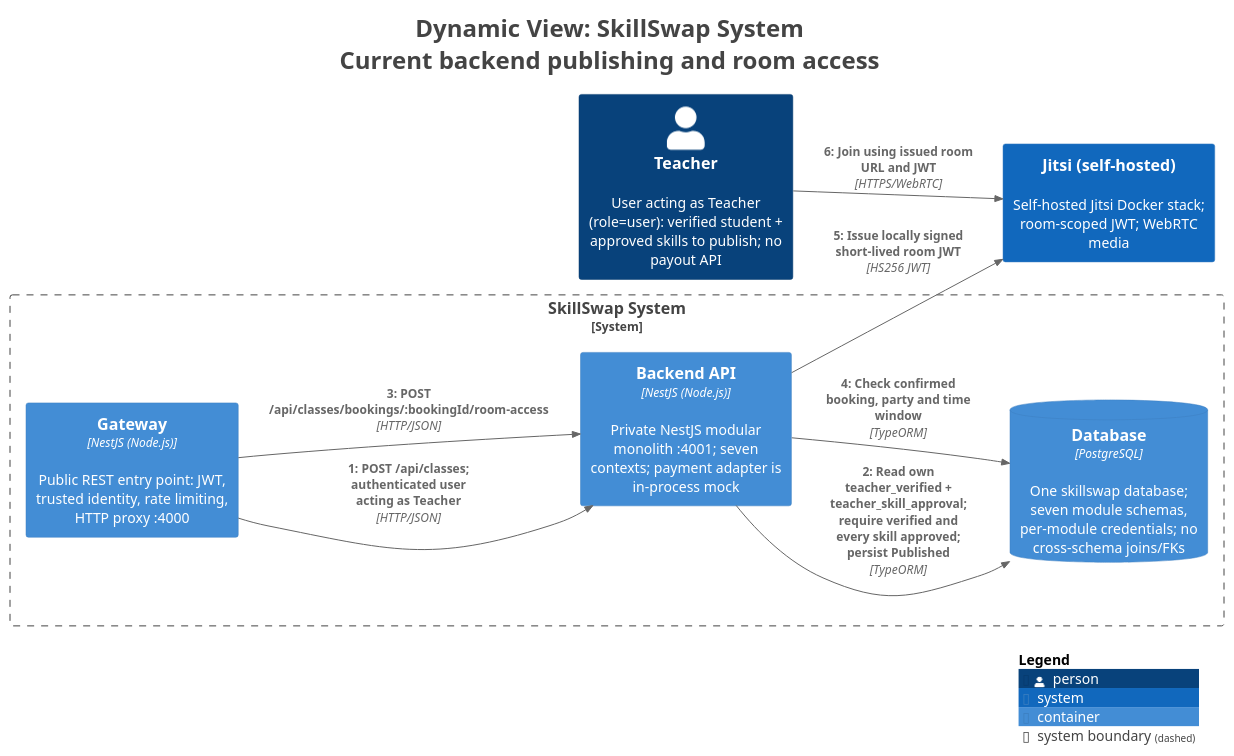
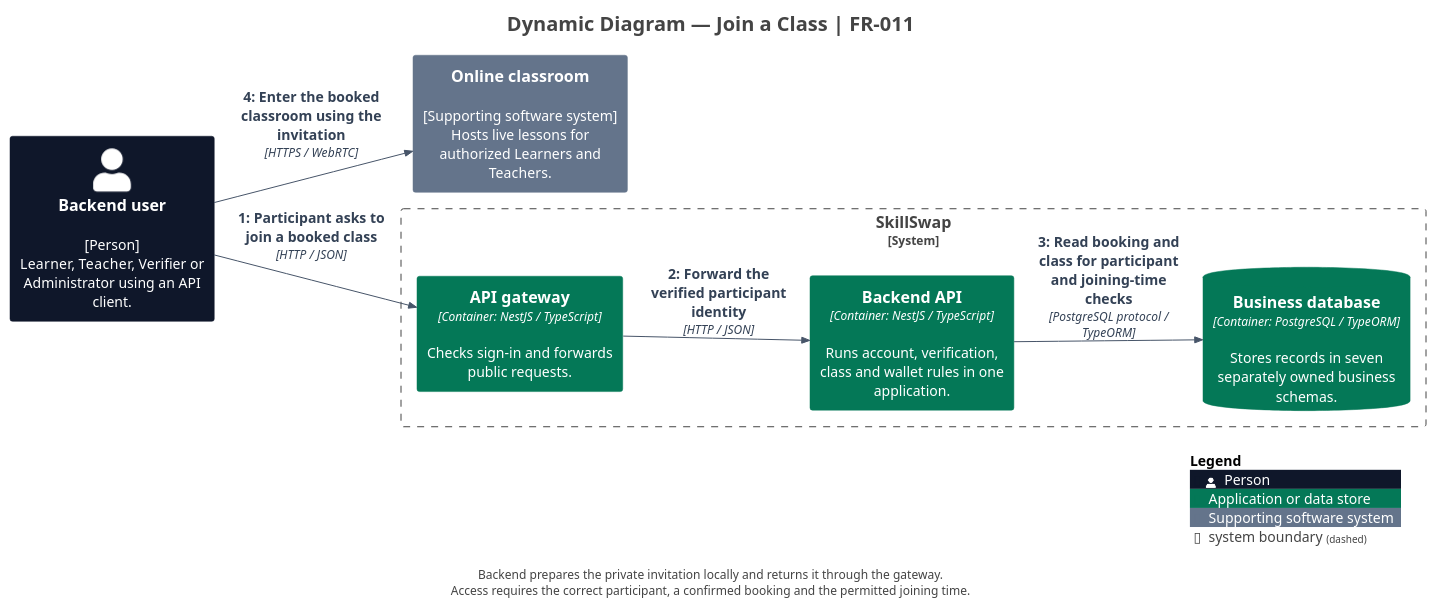
The diagram in docs/diagrams/c4/source/structurizr-TeachingFlow.puml (trankien022/SkillSwap), drawn with PlantUML before and after one commit. The commit also changed 62 other files, not shown here.

First line of the commit message:
docs(diagrams): refresh diagrams against current code

```diff
--- a/docs/diagrams/c4/source/structurizr-TeachingFlow.puml
+++ b/docs/diagrams/c4/source/structurizr-TeachingFlow.puml
@@ -1,36 +1,49 @@
 @startuml
-title <size:24>Dynamic View: SkillSwap System</size>\n<size:24>Current backend publishing and room access</size>
+title Dynamic Diagram — Join a Class | FR-011
 
 set separator none
 left to right direction
 
 <style>
   root {
     BackgroundColor: #ffffff
     FontColor: #444444
   }
 </style>
 
 !include <C4/C4>
 !include <C4/C4_Context>
 !include <C4/C4_Container>
 
-System_Boundary("SkillSwapSystem_boundary", "SkillSwap System", $tags="") {
-  ContainerDb(SkillSwapSystem.Database, "Database", $techn="PostgreSQL", $descr="One skillswap database; seven module schemas, per-module credentials; no cross-schema joins/FKs", $tags="", $link="")
-  Container(SkillSwapSystem.Gateway, "Gateway", $techn="NestJS (Node.js)", $descr="Public REST entry point: JWT, trusted identity, rate limiting, HTTP proxy :4000", $tags="", $link="")
-  Container(SkillSwapSystem.BackendAPI, "Backend API", $techn="NestJS (Node.js)", $descr="Private NestJS modular monolith :4001; seven contexts; payment adapter is in-process mock", $tags="", $link="")
+' Presentation only: model elements and relationships come from workspace.dsl.
+skinparam defaultFontName Arial
+skinparam defaultFontSize 14
+skinparam shadowing false
+skinparam nodesep 35
+skinparam ranksep 45
+skinparam footerFontSize 12
+skinparam titleFontSize 20
+UpdateElementStyle("person", $bgColor="#0F172A", $fontColor="#FFFFFF", $borderColor="#0F172A", $legendText="Person")
+UpdateElementStyle("system", $bgColor="#047857", $fontColor="#FFFFFF", $borderColor="#047857", $legendText="Software system in scope")
+UpdateElementStyle("external_system", $bgColor="#64748B", $fontColor="#FFFFFF", $borderColor="#64748B", $legendText="Supporting software system")
+UpdateElementStyle("container", $bgColor="#047857", $fontColor="#FFFFFF", $borderColor="#047857", $legendText="Application or data store")
+UpdateRelStyle($lineColor="#475569", $textColor="#334155")
+AddElementTag("Demo", $bgColor="#F1F5F9", $fontColor="#0F172A", $borderColor="#64748B", $legendText="Demonstration client (local booking data)")
+
+System_Boundary("SkillSwap_boundary", "SkillSwap", $tags="") {
+  Container(SkillSwap.APIgateway, "API gateway", $techn="Container: NestJS / TypeScript", $descr="Checks sign-in and forwards public requests.", $tags="", $link="")
+  Container(SkillSwap.BackendAPI, "Backend API", $techn="Container: NestJS / TypeScript", $descr="Runs account, verification, class and wallet rules in one application.", $tags="", $link="")
+  ContainerDb(SkillSwap.Businessdatabase, "Business database", $techn="Container: PostgreSQL / TypeORM", $descr="Stores records in seven separately owned business schemas.", $tags="", $link="")
 }
 
-Person(Teacher, "Teacher", $descr="User acting as Teacher (role=user): verified student + approved skills to publish; no payout API", $tags="", $link="")
-System(Jitsiselfhosted, "Jitsi (self-hosted)", $descr="Self-hosted Jitsi Docker stack; room-scoped JWT; WebRTC media", $tags="", $link="")
+Person(Backenduser, "Backend user", $descr="[Person]\nLearner, Teacher, Verifier or Administrator using an API client.", $tags="", $link="")
+System_Ext(Onlineclassroom, "Online classroom", $descr="[Supporting software system]\nHosts live lessons for authorized Learners and Teachers.", $tags="", $link="")
 
-Rel(SkillSwapSystem.Gateway, SkillSwapSystem.BackendAPI, "1: POST /api/classes; authenticated user acting as Teacher", $techn="HTTP/JSON", $tags="", $link="")
-Rel(SkillSwapSystem.BackendAPI, SkillSwapSystem.Database, "2: Read own teacher_verified + teacher_skill_approval; require verified and every skill approved; persist Published", $techn="TypeORM", $tags="", $link="")
-Rel(SkillSwapSystem.Gateway, SkillSwapSystem.BackendAPI, "3: POST /api/classes/bookings/:bookingId/room-access", $techn="HTTP/JSON", $tags="", $link="")
-Rel(SkillSwapSystem.BackendAPI, SkillSwapSystem.Database, "4: Check confirmed booking, party and time window", $techn="TypeORM", $tags="", $link="")
-Rel(SkillSwapSystem.BackendAPI, Jitsiselfhosted, "5: Issue locally signed short-lived room JWT", $techn="HS256 JWT", $tags="", $link="")
-Rel(Teacher, Jitsiselfhosted, "6: Join using issued room URL and JWT", $techn="HTTPS/WebRTC", $tags="", $link="")
+Rel(Backenduser, SkillSwap.APIgateway, "1: Participant asks to join a booked class", $techn="HTTP / JSON", $tags="", $link="")
+Rel(SkillSwap.APIgateway, SkillSwap.BackendAPI, "2: Forward the verified participant identity", $techn="HTTP / JSON", $tags="", $link="")
+Rel(SkillSwap.BackendAPI, SkillSwap.Businessdatabase, "3: Read booking and class for participant and joining-time checks", $techn="PostgreSQL protocol / TypeORM", $tags="", $link="")
+Rel(Backenduser, Onlineclassroom, "4: Enter the booked classroom using the invitation", $techn="HTTPS / WebRTC", $tags="", $link="")
 
-SHOW_LEGEND(true)
-hide stereotypes
+SHOW_LEGEND()
+footer Backend prepares the private invitation locally and returns it through the gateway.\nAccess requires the correct participant, a confirmed booking and the permitted joining time.
 @enduml
```
